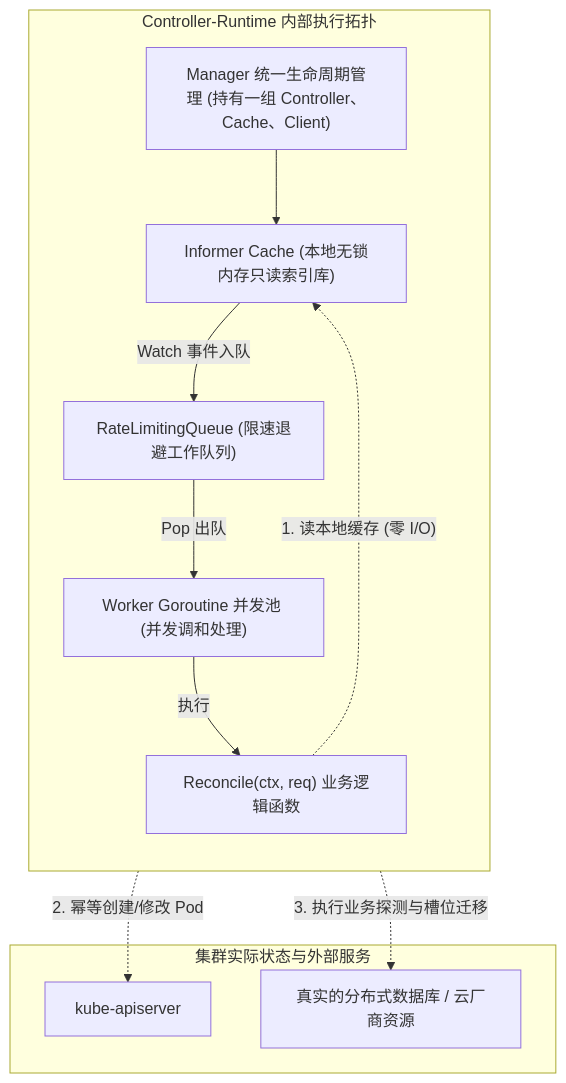
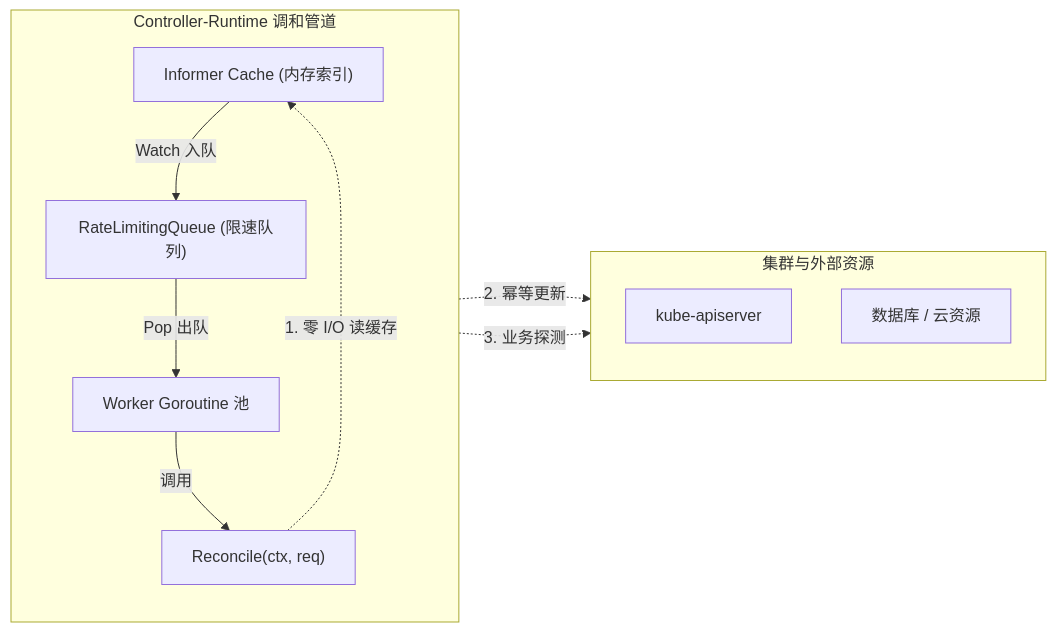
One commit to MoreConsequence/MoreConsequence.github.io changed the fourth of 8 diagrams in content/posts/kubernetes-internals/k8s-09-deployment-crd-operator-reconciliation.md. Above: the diagram before and after it, drawn with Mermaid. The commit also changed other lines of this file and 835 other files, not shown here.

First line of the commit message:
feat(blog): 全站33篇新增深度专栏与博文全量审核上线及矢量图表优化

````diff
--- a/content/posts/kubernetes-internals/k8s-09-deployment-crd-operator-reconciliation.md
+++ b/content/posts/kubernetes-internals/k8s-09-deployment-crd-operator-reconciliation.md
@@ -182,25 +182,19 @@
 ```mermaid
-flowchart TD
-    subgraph ControllerRuntime["Controller-Runtime 内部执行拓扑"]
+flowchart LR
+    subgraph Pipeline["Controller-Runtime 调和管道"]
         direction TB
-        Manager["Manager 统一生命周期管理 (持有一组 Controller、Cache、Client)"]
-        InformerCache["Informer Cache (本地无锁内存只读索引库)"]
-        WorkQueue["RateLimitingQueue (限速退避工作队列)"]
-        WorkerPool["Worker Goroutine 并发池 (并发调和处理)"]
-        ReconcileFunc["Reconcile(ctx, req) 业务逻辑函数"]
-
-        Manager --> InformerCache
-        InformerCache -->|"Watch 事件入队"| WorkQueue
-        WorkQueue -->|"Pop 出队"| WorkerPool
-        WorkerPool -->|"执行"| ReconcileFunc
+        InformerCache["Informer Cache (内存索引)"] -->|"Watch 入队"| WorkQueue["RateLimitingQueue (限速队列)"]
+        WorkQueue -->|"Pop 出队"| WorkerPool["Worker Goroutine 池"]
+        WorkerPool -->|"调用"| ReconcileFunc["Reconcile(ctx, req)"]
     end
 
-    subgraph ExtSystem["集群实际状态与外部服务"]
+    subgraph External["集群与外部资源"]
+        direction TB
         API["kube-apiserver"]
-        DB["真实的分布式数据库 / 云厂商资源"]
+        DB["数据库 / 云资源"]
     end
 
-    ReconcileFunc -.->|"1. 读本地缓存 (零 I/O)"| InformerCache
-    ReconcileFunc -.->|"2. 幂等创建/修改 Pod"| API
-    ReconcileFunc -.->|"3. 执行业务探测与槽位迁移"| DB
+    ReconcileFunc -.->|"1. 零 I/O 读缓存"| InformerCache
+    ReconcileFunc -.->|"2. 幂等更新"| API
+    ReconcileFunc -.->|"3. 业务探测"| DB
 ```
````
